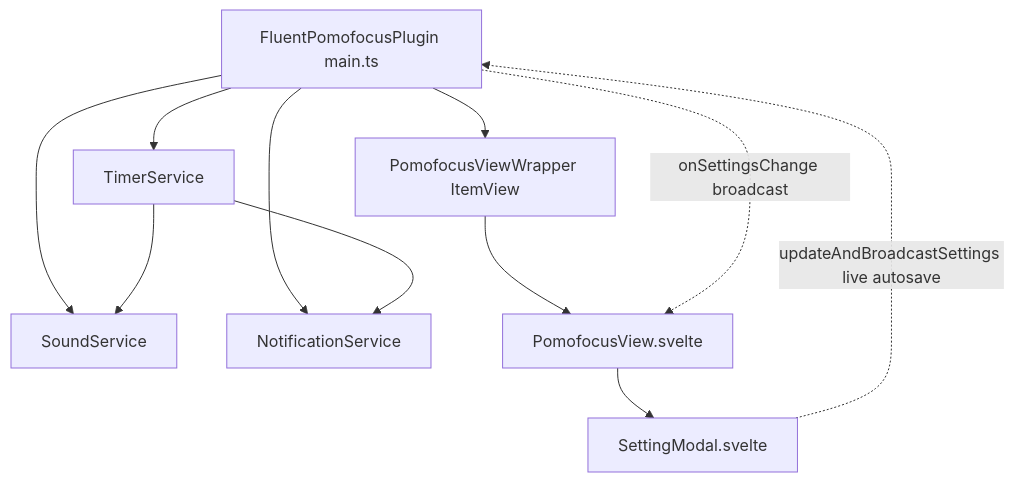
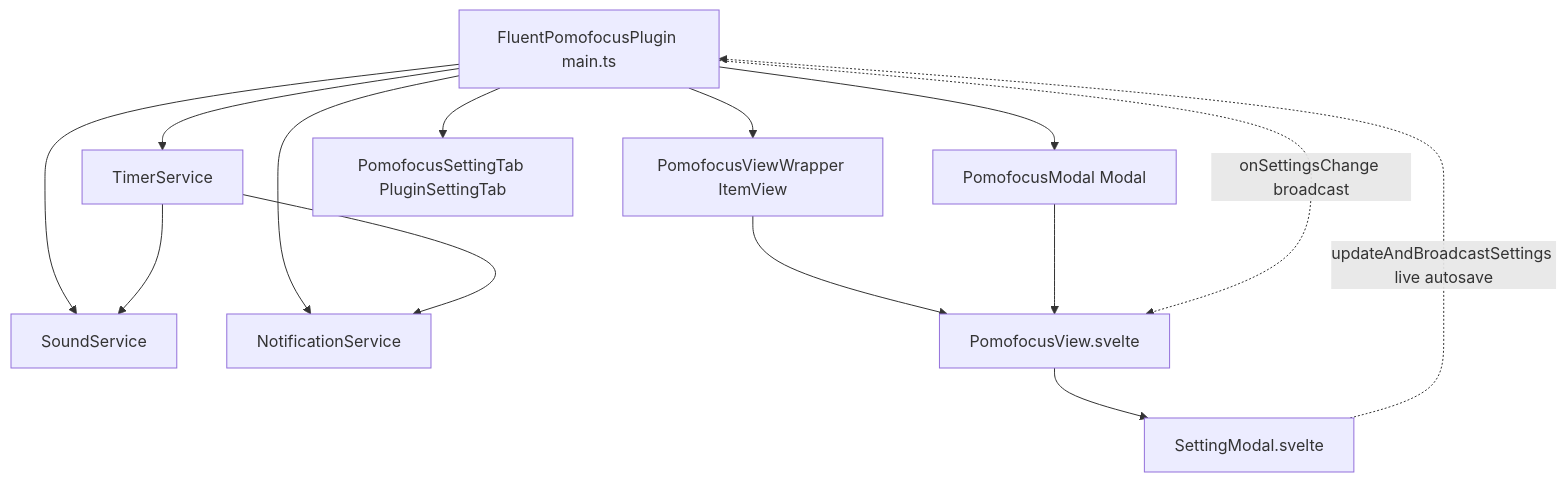
Before and after one commit to 2607044640/fluent-pomofocus: the diagram in _Architecture.md, drawn with Mermaid. The commit also changed other lines of this file and 1 other file, not shown here.

Commit message:
docs: update _README.md and _Architecture.md with floating modal and enableTasks option

````diff
--- a/_Architecture.md
+++ b/_Architecture.md
@@ -9,14 +9,17 @@
 ```mermaid
 graph TD
     Plugin[FluentPomofocusPlugin main.ts] --> TimerService[TimerService]
     Plugin --> SoundService[SoundService]
     Plugin --> NotificationService[NotificationService]
     Plugin --> ViewWrapper[PomofocusViewWrapper ItemView]
+    Plugin --> FloatingModal[PomofocusModal Modal]
+    Plugin --> SettingTab[PomofocusSettingTab PluginSettingTab]
     ViewWrapper --> View[PomofocusView.svelte]
+    FloatingModal --> View
     View --> Modal[SettingModal.svelte]
     TimerService --> SoundService
     TimerService --> NotificationService
 
     Modal -.->|updateAndBroadcastSettings live autosave| Plugin
     Plugin -.->|onSettingsChange broadcast| View
 ```
````
